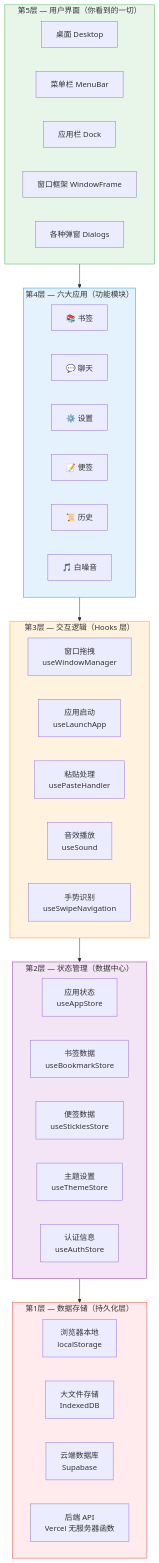
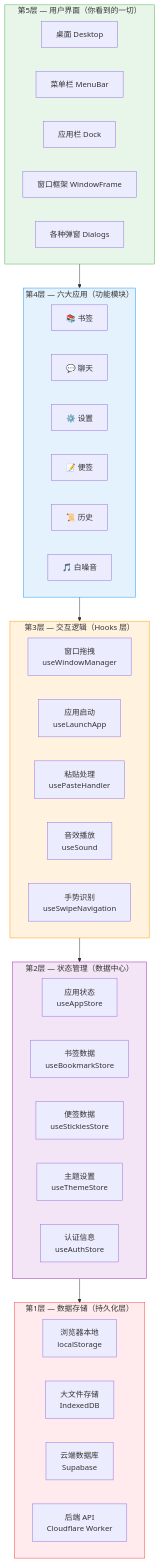
Before and after one commit to hiyeshu/kyo.is: the second of 10 diagrams in docs/explain/01-system-overview.md, drawn with Mermaid. The commit also changed other lines of this file and 127 other files, not shown here.

````diff
--- a/docs/explain/01-system-overview.md
+++ b/docs/explain/01-system-overview.md
@@ -59,58 +59,58 @@
 ```mermaid
 graph TB
     subgraph L5["第5层 — 用户界面（你看到的一切）"]
         direction LR
         UI1["桌面 Desktop"]
         UI2["菜单栏 MenuBar"]
         UI3["应用栏 Dock"]
         UI4["窗口框架 WindowFrame"]
         UI5["各种弹窗 Dialogs"]
     end
 
     subgraph L4["第4层 — 六大应用（功能模块）"]
         direction LR
         A1["📚 书签"]
         A2["💬 聊天"]
         A3["⚙️ 设置"]
         A4["📝 便签"]
         A5["📜 历史"]
         A6["🎵 白噪音"]
     end
 
     subgraph L3["第3层 — 交互逻辑（Hooks 层）"]
         direction LR
         H1["窗口拖拽<br/>useWindowManager"]
         H2["应用启动<br/>useLaunchApp"]
         H3["粘贴处理<br/>usePasteHandler"]
         H4["音效播放<br/>useSound"]
         H5["手势识别<br/>useSwipeNavigation"]
     end
 
     subgraph L2["第2层 — 状态管理（数据中心）"]
         direction LR
         S1["应用状态<br/>useAppStore"]
         S2["书签数据<br/>useBookmarkStore"]
         S3["便签数据<br/>useStickiesStore"]
         S4["主题设置<br/>useThemeStore"]
         S5["认证信息<br/>useAuthStore"]
     end
 
     subgraph L1["第1层 — 数据存储（持久化层）"]
         direction LR
         D1["浏览器本地<br/>localStorage"]
         D2["大文件存储<br/>IndexedDB"]
         D3["云端数据库<br/>Supabase"]
-        D4["后端 API<br/>Vercel 无服务器函数"]
+        D4["后端 API<br/>Cloudflare Worker"]
     end
 
     L5 --> L4
     L4 --> L3
     L3 --> L2
     L2 --> L1
 
     style L5 fill:#E8F5E9,stroke:#4CAF50
     style L4 fill:#E3F2FD,stroke:#2196F3
     style L3 fill:#FFF3E0,stroke:#FF9800
     style L2 fill:#F3E5F5,stroke:#9C27B0
     style L1 fill:#FFEBEE,stroke:#F44336
 ```
````
